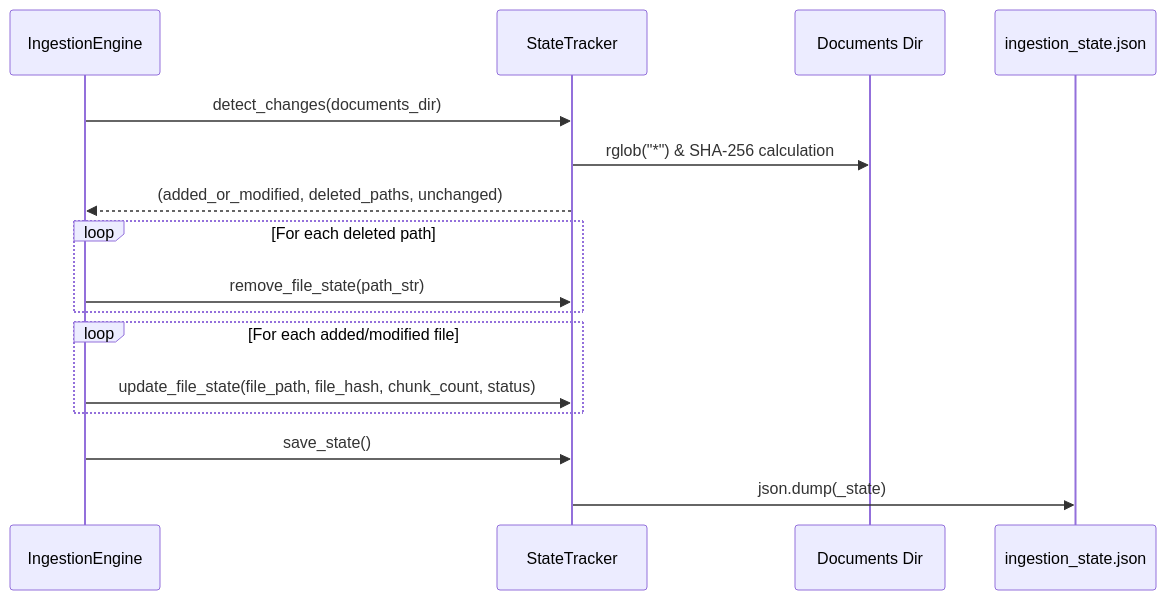
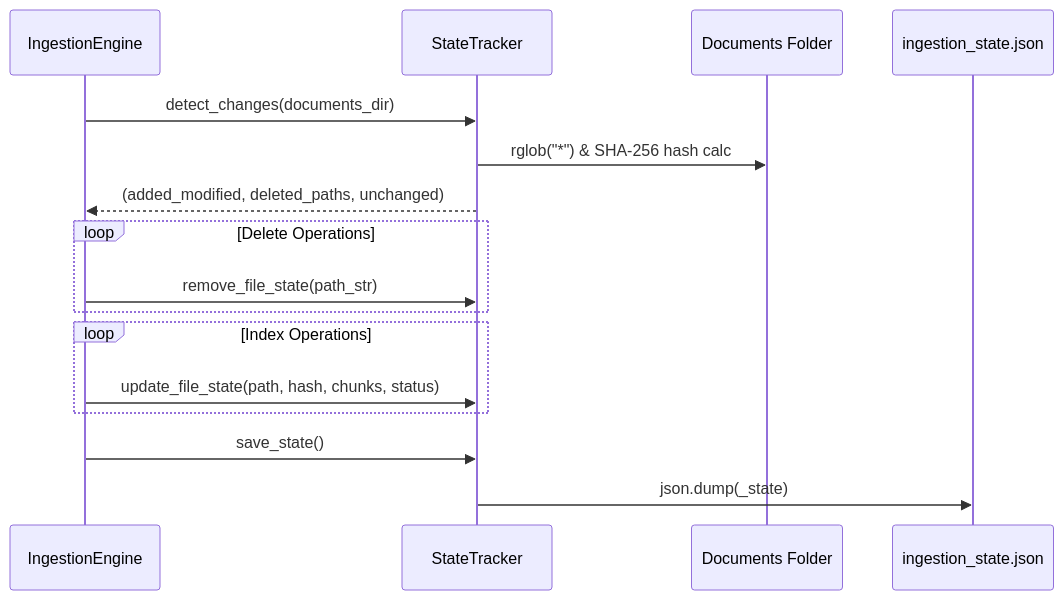
The diagram in src/core/state_tracker/guidelines.md (SarthakJain23/business_analyst_rag), drawn with Mermaid before and after one commit. The commit also changed other lines of this file and 14 other files, not shown here.

````diff
--- a/src/core/state_tracker/guidelines.md
+++ b/src/core/state_tracker/guidelines.md
@@ -221,22 +65,21 @@
 ```mermaid
 sequenceDiagram
-    participant Pipeline as IngestionEngine
+    participant Engine as IngestionEngine
     participant Tracker as StateTracker
-    participant Disk as Documents Dir
-    participant Storage as ingestion_state.json
+    participant Disk as Documents Folder
+    participant JSON as ingestion_state.json
 
-    Pipeline->>Tracker: detect_changes(documents_dir)
-    Tracker->>Disk: rglob("*") & SHA-256 calculation
-    Tracker-->>Pipeline: (added_or_modified, deleted_paths, unchanged)
+    Engine->>Tracker: detect_changes(documents_dir)
+    Tracker->>Disk: rglob("*") & SHA-256 hash calc
+    Tracker-->>Engine: (added_modified, deleted_paths, unchanged)
 
-    loop For each deleted path
-        Pipeline->>Tracker: remove_file_state(path_str)
+    loop Delete Operations
+        Engine->>Tracker: remove_file_state(path_str)
+    end
+    loop Index Operations
+        Engine->>Tracker: update_file_state(path, hash, chunks, status)
     end
 
-    loop For each added/modified file
-        Pipeline->>Tracker: update_file_state(file_path, file_hash, chunk_count, status)
-    end
-
-    Pipeline->>Tracker: save_state()
-    Tracker->>Storage: json.dump(_state)
+    Engine->>Tracker: save_state()
+    Tracker->>JSON: json.dump(_state)
 ```
````
